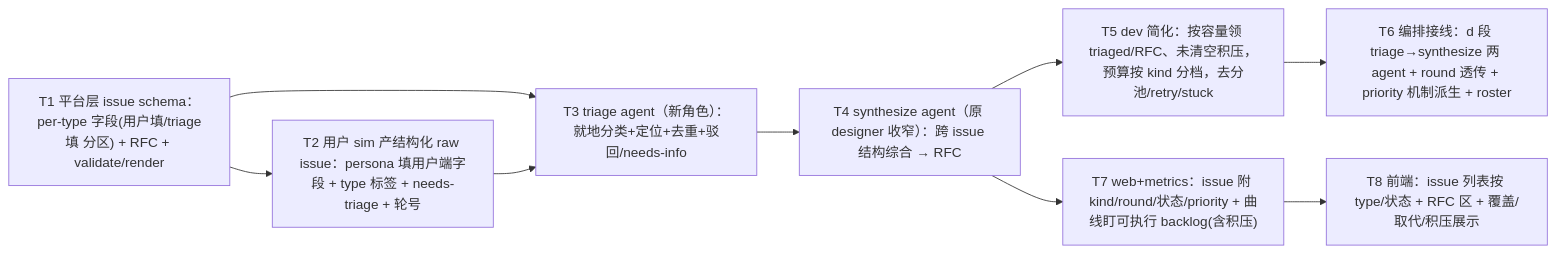
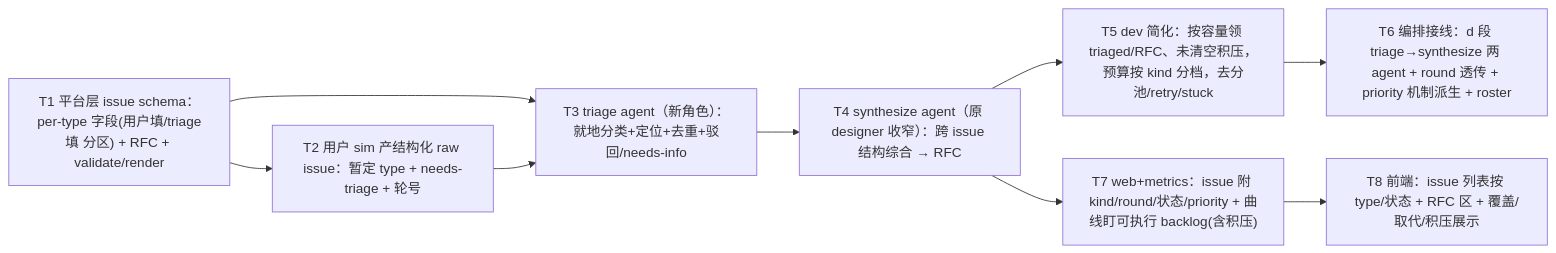
Diagram 50 of 51 in docs/specs/OVERVIEW.md (Curry09/AHE-Beta), drawn with Mermaid before and after one commit. The commit also changed other lines of this file and 3 other files, not shown here.

First line of the commit message:
feat(sim): raw issue 结构化——暂定 type + needs-triage + round 标签（spec 0025/T2）

````diff
--- a/docs/specs/OVERVIEW.md
+++ b/docs/specs/OVERVIEW.md
@@ -1106,19 +1106,19 @@
 ```mermaid
 graph LR
     nT1["T1 平台层 issue schema：per-type 字段(用户填/triage填 分区) + RFC + validate/render"]
-    nT2["T2 用户 sim 产结构化 raw issue：persona 填用户端字段 + type 标签 + needs-triage + 轮号"]
+    nT2["T2 用户 sim 产结构化 raw issue：暂定 type + needs-triage + 轮号"]
     nT3["T3 triage agent（新角色）：就地分类+定位+去重+驳回/needs-info"]
     nT4["T4 synthesize agent（原 designer 收窄）：跨 issue 结构综合 → RFC"]
     nT5["T5 dev 简化：按容量领 triaged/RFC、未清空积压，预算按 kind 分档，去分池/retry/stuck"]
     nT6["T6 编排接线：d 段 triage→synthesize 两 agent + round 透传 + priority 机制派生 + roster"]
     nT7["T7 web+metrics：issue 附 kind/round/状态/priority + 曲线盯可执行 backlog(含积压)"]
     nT8["T8 前端：issue 列表按 type/状态 + RFC 区 + 覆盖/取代/积压展示"]
     nT1 --> nT2
     nT1 --> nT3
     nT2 --> nT3
     nT3 --> nT4
     nT4 --> nT5
     nT5 --> nT6
     nT4 --> nT7
     nT7 --> nT8
 ```
````
